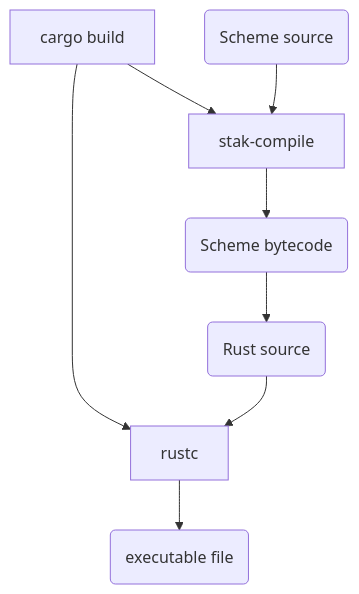
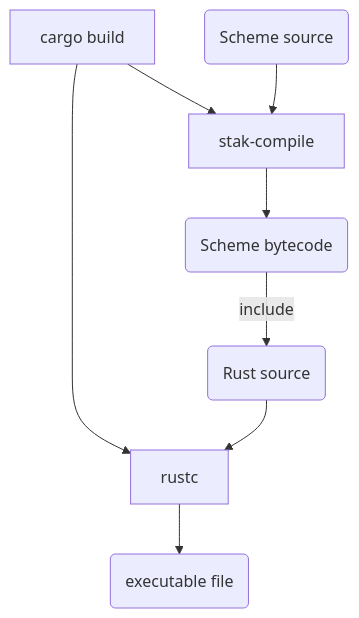
The diagram in papers/stak-scheme/embedding_script.mmd (raviqqe/doc), drawn with Mermaid before and after one commit.

```diff
--- a/papers/stak-scheme/embedding_script.mmd
+++ b/papers/stak-scheme/embedding_script.mmd
@@ -1,6 +1,6 @@
 graph TD
   B[cargo build] --> RC
   B --> SC
 
-  SS(Scheme source) --> SC[stak-compile] --> SB(Scheme bytecode) --> RS
+  SS(Scheme source) --> SC[stak-compile] --> SB(Scheme bytecode) -->|include| RS
   RS(Rust source) --> RC[rustc] --> RB(executable file)
```
